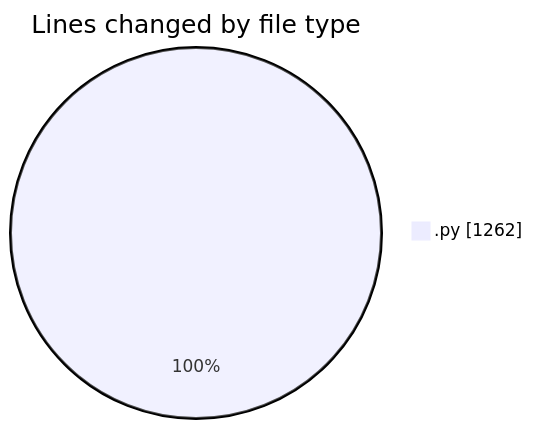
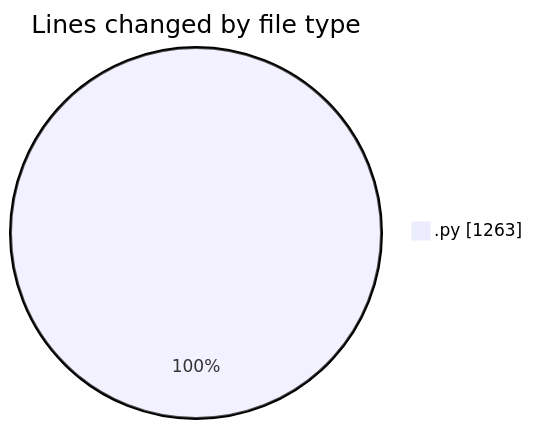
One commit to MatusMokan/code-tracking changed the first of 2 diagrams in 2025-04-18/myws__workspace_/README.md. Above: the diagram before and after it, drawn with Mermaid. The commit also changed other lines of this file and 1 other file, not shown here.

````diff
--- a/2025-04-18/myws__workspace_/README.md
+++ b/2025-04-18/myws__workspace_/README.md
@@ -20,5 +20,5 @@
 ```mermaid
 pie showData
 title Lines changed by file type
-".py" : 1262
+".py" : 1263
 ```
````
